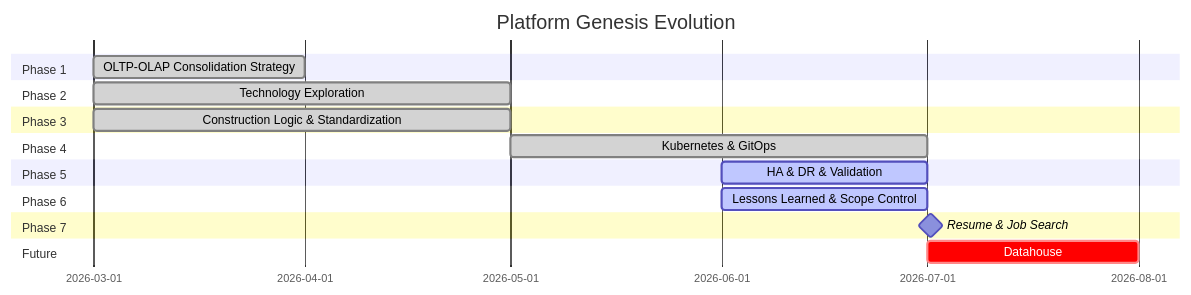
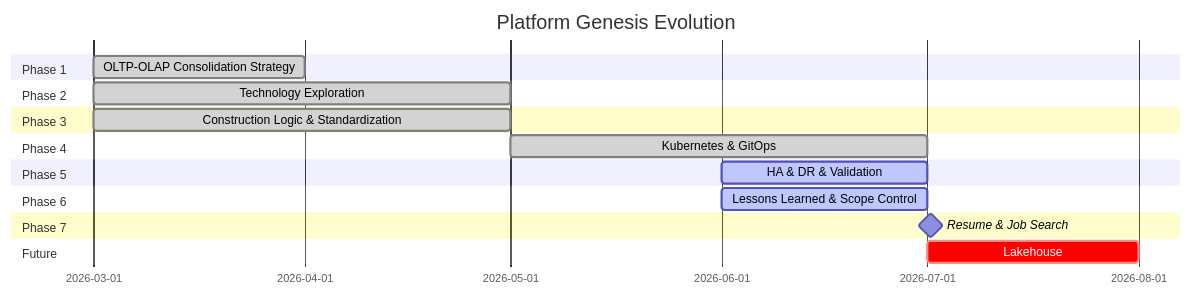
The diagram in README.md (Junwu0615/Platform-Genesis), drawn with Mermaid before and after one commit. The commit also changed other lines of this file, not shown here.

````diff
--- a/README.md
+++ b/README.md
@@ -899,30 +904,30 @@
 ```mermaid
 gantt
     title Platform Genesis Evolution
 
     dateFormat YYYY-MM
 
     section Phase 1
     OLTP-OLAP Consolidation Strategy            :done, a1, 2026-03, 1M
 
     section Phase 2
     Technology Exploration                      :done, a2, 2026-03, 2M
 
     section Phase 3
     Construction Logic & Standardization        :done, a3, 2026-03, 2M
 
     section Phase 4
     Kubernetes & GitOps                         :done, a4, 2026-05, 2M
 
     section Phase 5
     HA & DR & Validation                        :active, a5, 2026-06, 1M
 
     section Phase 6
     Lessons Learned & Scope Control             :active, a6, 2026-06, 1M
 
     section Phase 7
     Resume & Job Search                         :milestone, a7, 2026-07, 1d
 
     section Future
-    Datahouse                                   :crit, a8, 2026-07, 1M
+    Lakehouse                                   :crit, a8, 2026-07, 1M
 ```
````
